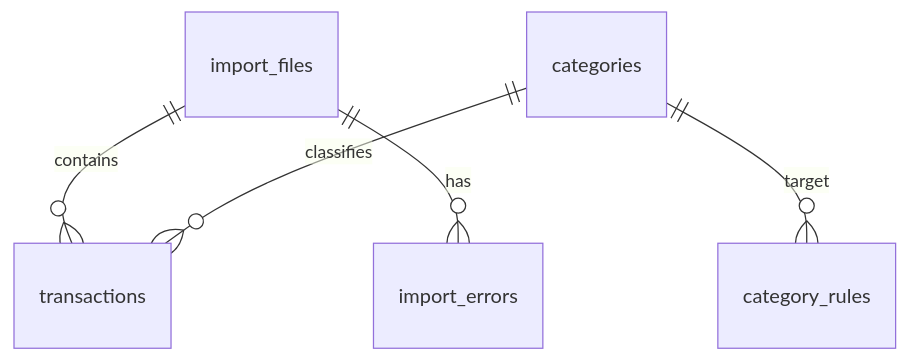
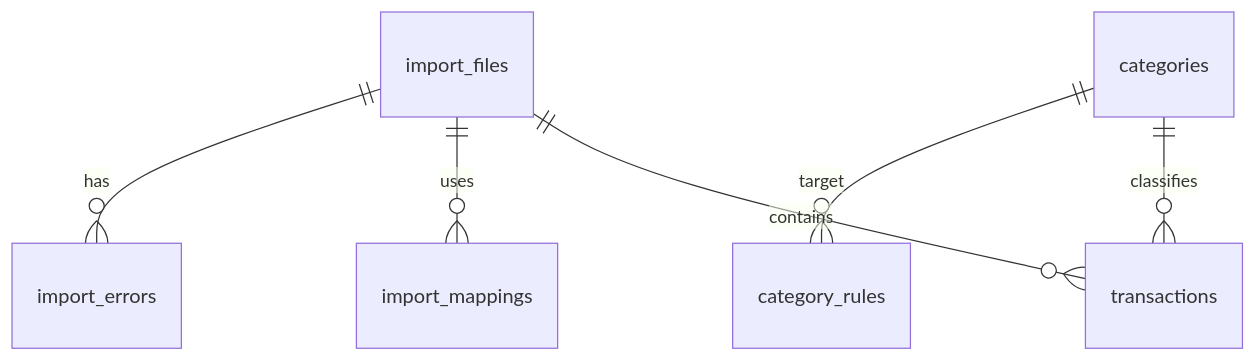
One commit to shikou0918/vpass-statement-analyzer changed the third of 4 diagrams in overview-design.md. Above: the diagram before and after it, drawn with Mermaid. The commit also changed other lines of this file, not shown here.

````diff
--- a/overview-design.md
+++ b/overview-design.md
@@ -176,7 +179,8 @@
 ```mermaid
 erDiagram
   import_files ||--o{ transactions : contains
+  import_files ||--o{ import_mappings : uses
   import_files ||--o{ import_errors : has
   categories ||--o{ transactions : classifies
   categories ||--o{ category_rules : target
 ```
````
